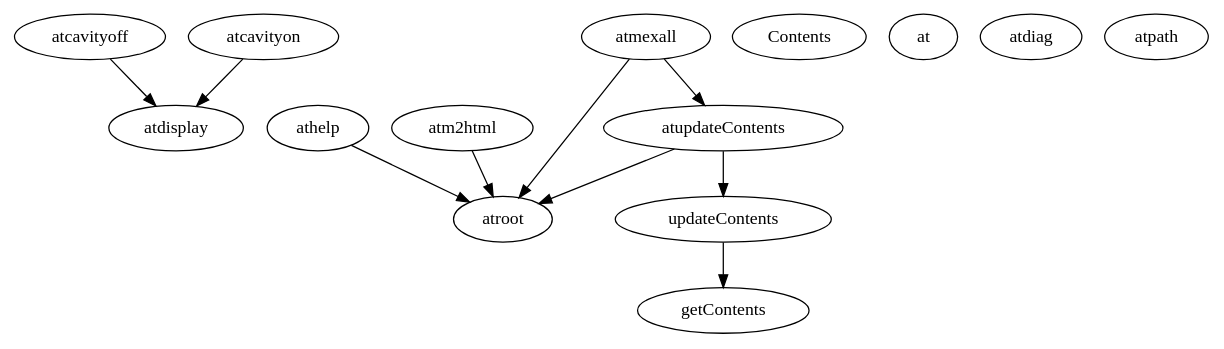
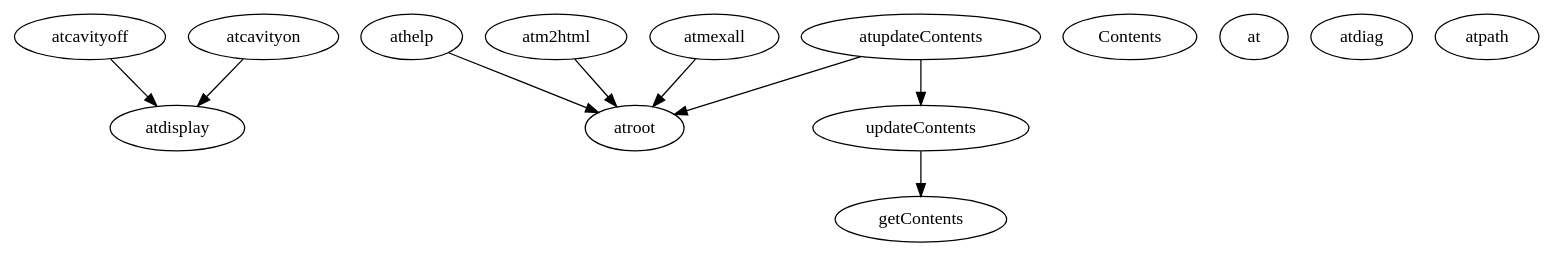
The diagram in doc_html/atmat/graph.dot (atcollab/atdoc), drawn with Graphviz before and after one commit. The commit also changed 605 other files, not shown here.

```diff
--- a/doc_html/atmat/graph.dot
+++ b/doc_html/atmat/graph.dot
@@ -1,27 +1,26 @@
 /* Created by mdot for Matlab */
 digraph m2html {
   atcavityoff -> atdisplay;
   atcavityon -> atdisplay;
   athelp -> atroot;
   atm2html -> atroot;
   atmexall -> atroot;
-  atmexall -> atupdateContents;
   atupdateContents -> atroot;
   atupdateContents -> updateContents;
   updateContents -> getContents;
 
   Contents [URL="Contents.html"];
   at [URL="at.html"];
   atcavityoff [URL="atcavityoff.html"];
   atcavityon [URL="atcavityon.html"];
   atdiag [URL="atdiag.html"];
   atdisplay [URL="atdisplay.html"];
   athelp [URL="athelp.html"];
   atm2html [URL="atm2html.html"];
   atmexall [URL="atmexall.html"];
   atpath [URL="atpath.html"];
   atroot [URL="atroot.html"];
   atupdateContents [URL="atupdateContents.html"];
   getContents [URL="getContents.html"];
   updateContents [URL="updateContents.html"];
 }
```
